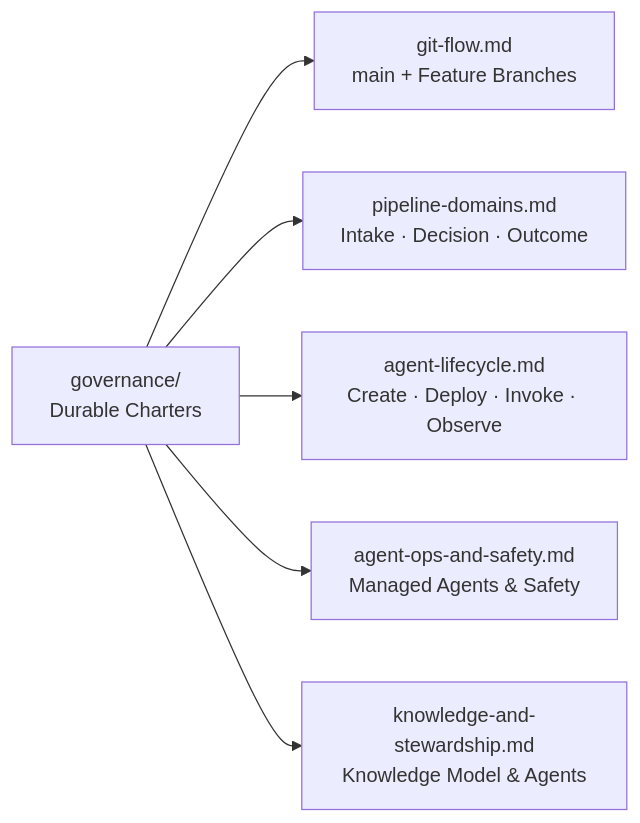
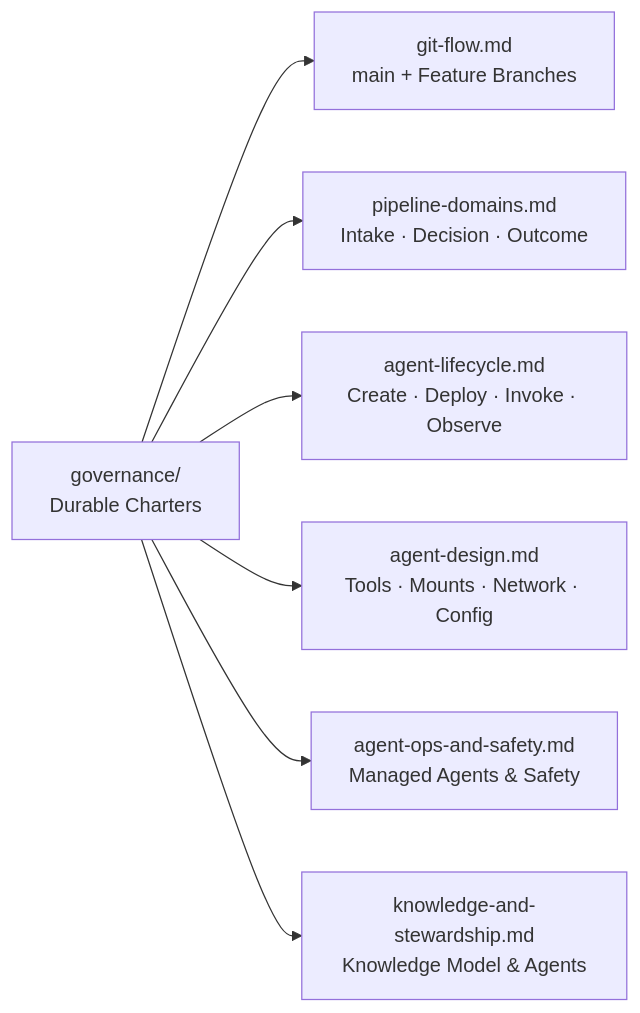
One commit to jontumalle/simon changed the diagram in governance/README.md. Above: the diagram before and after it, drawn with Mermaid. The commit also changed other lines of this file and 1 other file, not shown here.

Commit message:
docs(governance): add Managed Agent design guide for tools, mounts, network, and config

````diff
--- a/governance/README.md
+++ b/governance/README.md
@@ -5,8 +5,9 @@
 ```mermaid
 flowchart LR
     GOV["governance/\nDurable Charters"] --> GIT["git-flow.md\nmain + Feature Branches"]
     GOV --> DOM["pipeline-domains.md\nIntake · Decision · Outcome"]
     GOV --> LIFE["agent-lifecycle.md\nCreate · Deploy · Invoke · Observe"]
+    GOV --> DESIGN["agent-design.md\nTools · Mounts · Network · Config"]
     GOV --> SAFE["agent-ops-and-safety.md\nManaged Agents & Safety"]
     GOV --> STEW["knowledge-and-stewardship.md\nKnowledge Model & Agents"]
 ```
````
